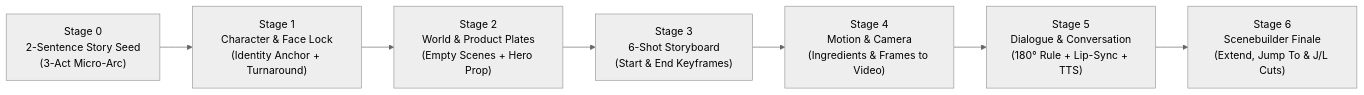
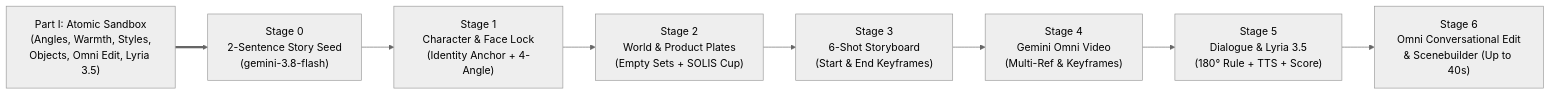
The diagram in workshop-guide/01-instructor-playbook.md (AllInVaders/google-flow-storytelling-workshop), drawn with Mermaid (neutral theme) before and after one commit. The commit also changed other lines of this file and 8 other files, not shown here.

Commit message:
feat: Add Part I Atomic Prompt Sandbox and upgrade video/music stack to Gemini Omni 1.1 Flash & Lyria 3.5

````diff
--- a/workshop-guide/01-instructor-playbook.md
+++ b/workshop-guide/01-instructor-playbook.md
@@ -24,9 +33,10 @@
 ```mermaid
 flowchart LR
-    S0["Stage 0<br/>2-Sentence Story Seed<br/>(3-Act Micro-Arc)"] --> S1["Stage 1<br/>Character & Face Lock<br/>(Identity Anchor + Turnaround)"]
-    S1 --> S2["Stage 2<br/>World & Product Plates<br/>(Empty Scenes + Hero Prop)"]
+    P1["Part I: Atomic Sandbox<br/>(Angles, Warmth, Styles,<br/>Objects, Omni Edit, Lyria 3.5)"] ==> S0["Stage 0<br/>2-Sentence Story Seed<br/>(gemini-3.8-flash)"]
+    S0 --> S1["Stage 1<br/>Character & Face Lock<br/>(Identity Anchor + 4-Angle)"]
+    S1 --> S2["Stage 2<br/>World & Product Plates<br/>(Empty Sets + SOLIS Cup)"]
     S2 --> S3["Stage 3<br/>6-Shot Storyboard<br/>(Start & End Keyframes)"]
-    S3 --> S4["Stage 4<br/>Motion & Camera<br/>(Ingredients & Frames to Video)"]
-    S4 --> S5["Stage 5<br/>Dialogue & Conversation<br/>(180° Rule + Lip-Sync + TTS)"]
-    S5 --> S6["Stage 6<br/>Scenebuilder Finale<br/>(Extend, Jump To & J/L Cuts)"]
+    S3 --> S4["Stage 4<br/>Gemini Omni Video<br/>(Multi-Ref & Keyframes)"]
+    S4 --> S5["Stage 5<br/>Dialogue & Lyria 3.5<br/>(180° Rule + TTS + Score)"]
+    S5 --> S6["Stage 6<br/>Omni Conversational Edit<br/>& Scenebuilder (Up to 40s)"]
 ```
````
